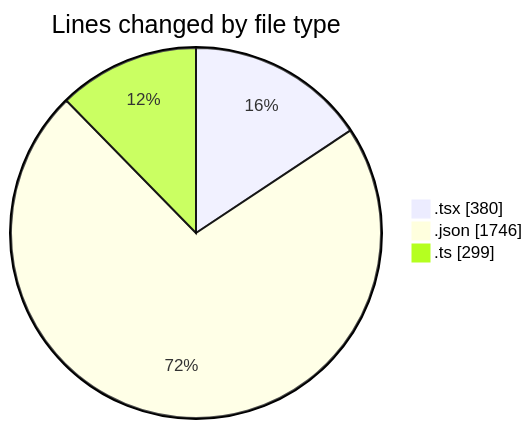
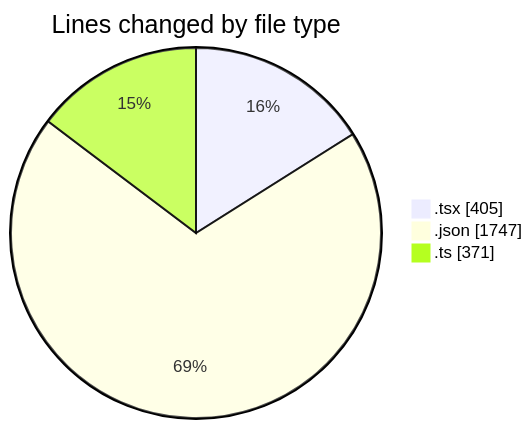
Before and after one commit to julien-gomy/code-tracking: the first of 2 diagrams in 2025-10-30/eventscop-frontend-guide__workspace_/README.md, drawn with Mermaid. The commit also changed other lines of this file and 1 other file, not shown here.

````diff
--- a/2025-10-30/eventscop-frontend-guide__workspace_/README.md
+++ b/2025-10-30/eventscop-frontend-guide__workspace_/README.md
@@ -28,7 +28,7 @@
 ```mermaid
 pie showData
 title Lines changed by file type
-".tsx" : 380
-".json" : 1746
-".ts" : 299
+".tsx" : 405
+".json" : 1747
+".ts" : 371
 ```
````
